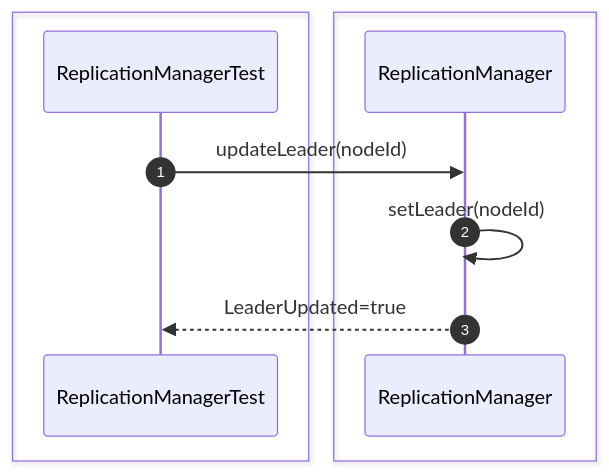
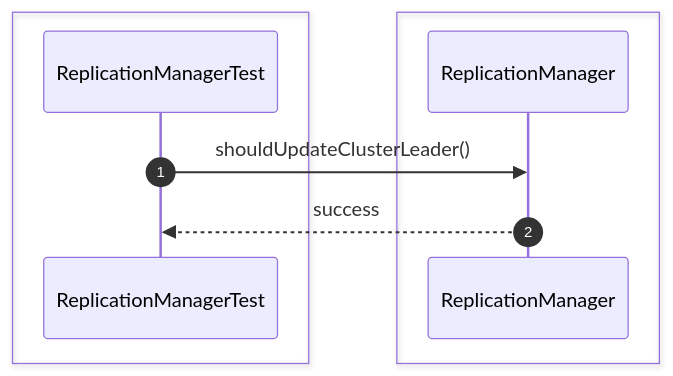
One commit to Huy1801214/dbms-architecture changed the tenth of 26 diagrams in src/sequence/replication.md. Above: the diagram before and after it, drawn with Mermaid. The commit also changed other lines of this file and 68 other files, not shown here.

Commit message:
implement comprehensive unit test suite and architectural sequence documentation

````diff
--- a/src/sequence/replication.md
+++ b/src/sequence/replication.md
@@ -183,15 +141,13 @@
 ```mermaid
 sequenceDiagram
     autonumber
-
     box #e1f5fe Test Suite
     participant Test as ReplicationManagerTest
     end
-    box #ffebee Replication Components
-    participant Manager as ReplicationManager
+    box #e3f2fd ReplicationManager Component
+    participant RM as ReplicationManager
     end
 
-    Test->>Manager: updateLeader(nodeId)
-    Manager->>Manager: setLeader(nodeId)
-    Manager-->>Test: LeaderUpdated=true
+    Test->>RM: shouldUpdateClusterLeader()
+    RM-->>Test: success
 ```
````
